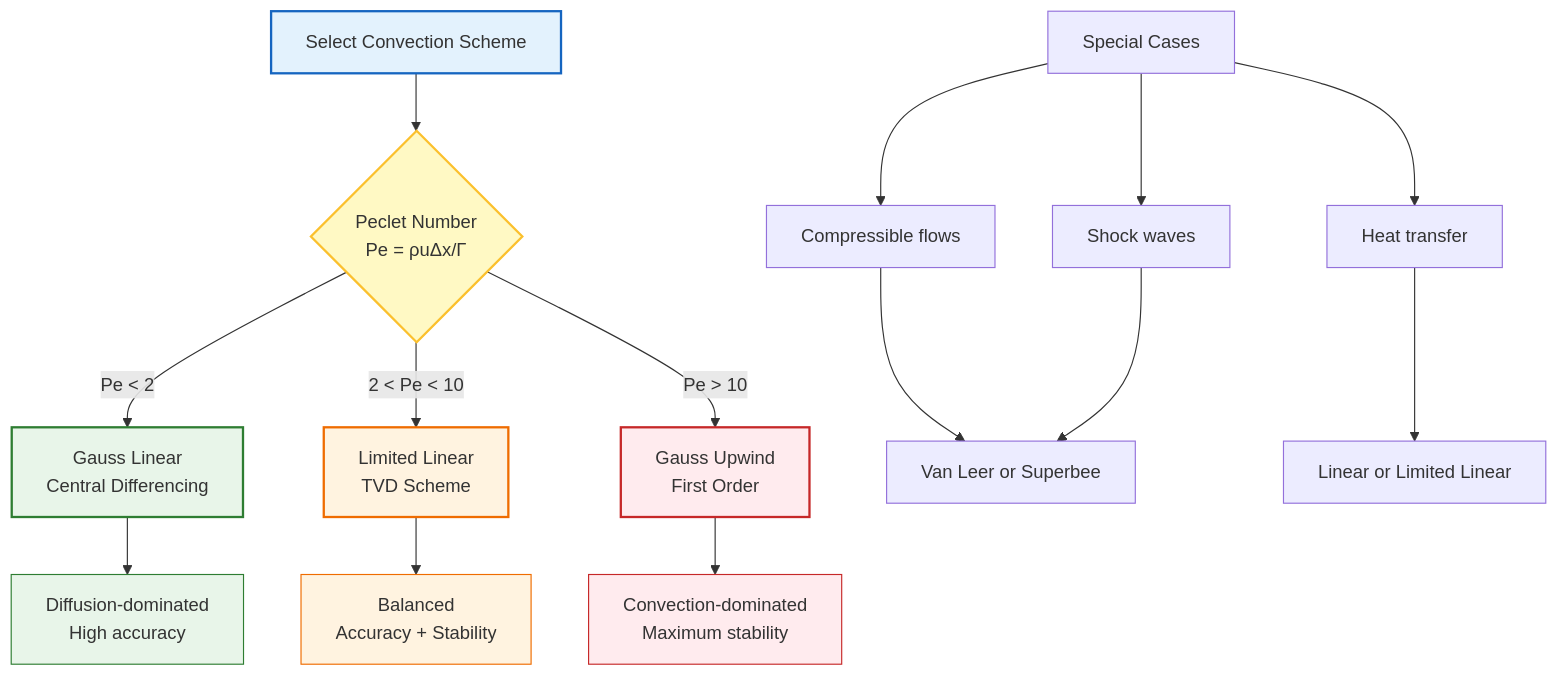
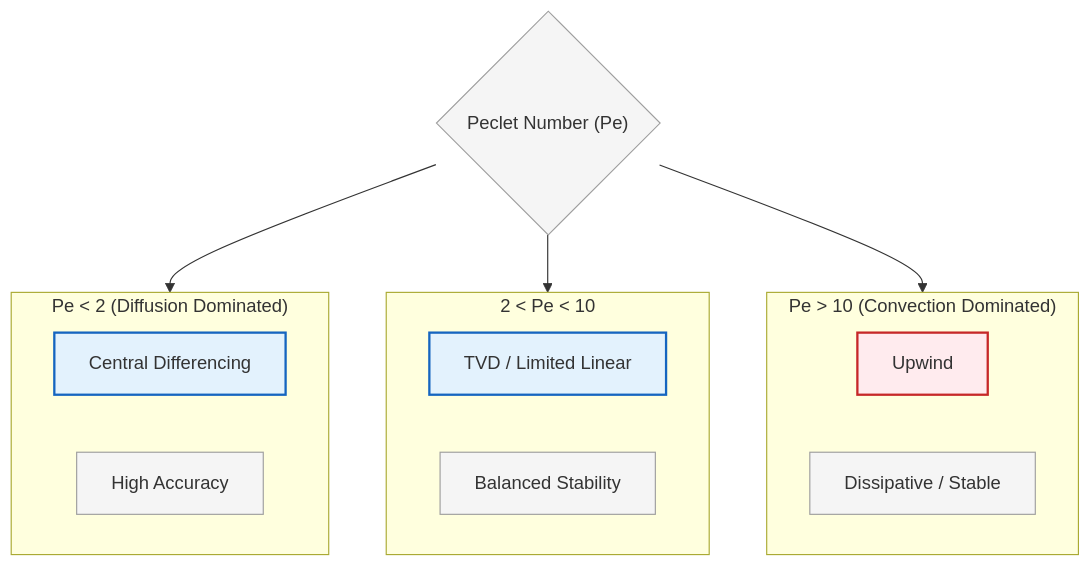
The third of 6 diagrams in MODULE_01_CFD_FUNDAMENTALS/CONTENT/02_FINITE_VOLUME_METHOD/07_Best_Practices.md (wramet/build-my-cfd), drawn with Mermaid before and after one commit. The commit also changed other lines of this file and 313 other files, not shown here.

Commit message:
Revise all diagram

````diff
--- a/MODULE_01_CFD_FUNDAMENTALS/CONTENT/02_FINITE_VOLUME_METHOD/07_Best_Practices.md
+++ b/MODULE_01_CFD_FUNDAMENTALS/CONTENT/02_FINITE_VOLUME_METHOD/07_Best_Practices.md
@@ -383,34 +362,29 @@
 ```mermaid
 graph TD
-    A[Select Convection Scheme] --> B{Peclet Number<br/>Pe = ρuΔx/Γ}
+%% Decision Tree
+Pe{"Peclet Number (Pe)"}:::context
 
-    B -->|Pe < 2| C[Gauss Linear<br/>Central Differencing]
-    B -->|2 < Pe < 10| D[Limited Linear<br/>TVD Scheme]
-    B -->|Pe > 10| E[Gauss Upwind<br/>First Order]
+subgraph DiffusionDominated ["Pe < 2 (Diffusion Dominated)"]
+Central["Central Differencing"]:::implicit
+Acc["High Accuracy"]:::context
+end
 
-    C --> F[Diffusion-dominated<br/>High accuracy]
-    D --> G[Balanced<br/>Accuracy + Stability]
-    E --> H[Convection-dominated<br/>Maximum stability]
+subgraph Balanced ["2 < Pe < 10"]
+TVD["TVD / Limited Linear"]:::implicit
+Stab["Balanced Stability"]:::context
+end
 
-    I[Special Cases] --> J[Compressible flows]
-    I --> K[Shock waves]
-    I --> L[Heat transfer]
+subgraph ConvectionDominated ["Pe > 10 (Convection Dominated)"]
+Upwind["Upwind"]:::explicit
+Diss["Dissipative / Stable"]:::context
+end
 
-    J --> M[Van Leer or Superbee]
-    K --> M
-    L --> N[Linear or Limited Linear]
+Pe --> DiffusionDominated
+Pe --> Balanced
+Pe --> ConvectionDominated
 
-    style A fill:#e3f2fd,stroke:#1565c0,stroke-width:2px
-    style B fill:#fff9c4,stroke:#fbc02d,stroke-width:2px
-    style C fill:#e8f5e9,stroke:#2e7d32,stroke-width:2px
-    style D fill:#fff3e0,stroke:#ef6c00,stroke-width:2px
-    style E fill:#ffebee,stroke:#c62828,stroke-width:2px
-
-    classDef good fill:#e8f5e9,stroke:#2e7d32,stroke-width:1px
-    classDef medium fill:#fff3e0,stroke:#ef6c00,stroke-width:1px
-    classDef poor fill:#ffebee,stroke:#c62828,stroke-width:1px
-
-    class F good
-    class G medium
-    class H poor
+%% Classes
+classDef implicit fill:#e3f2fd,stroke:#1565c0,stroke-width:2px;
+classDef explicit fill:#ffebee,stroke:#c62828,stroke-width:2px;
+classDef context fill:#f5f5f5,stroke:#9e9e9e,stroke-width:1px;
 ```
````
